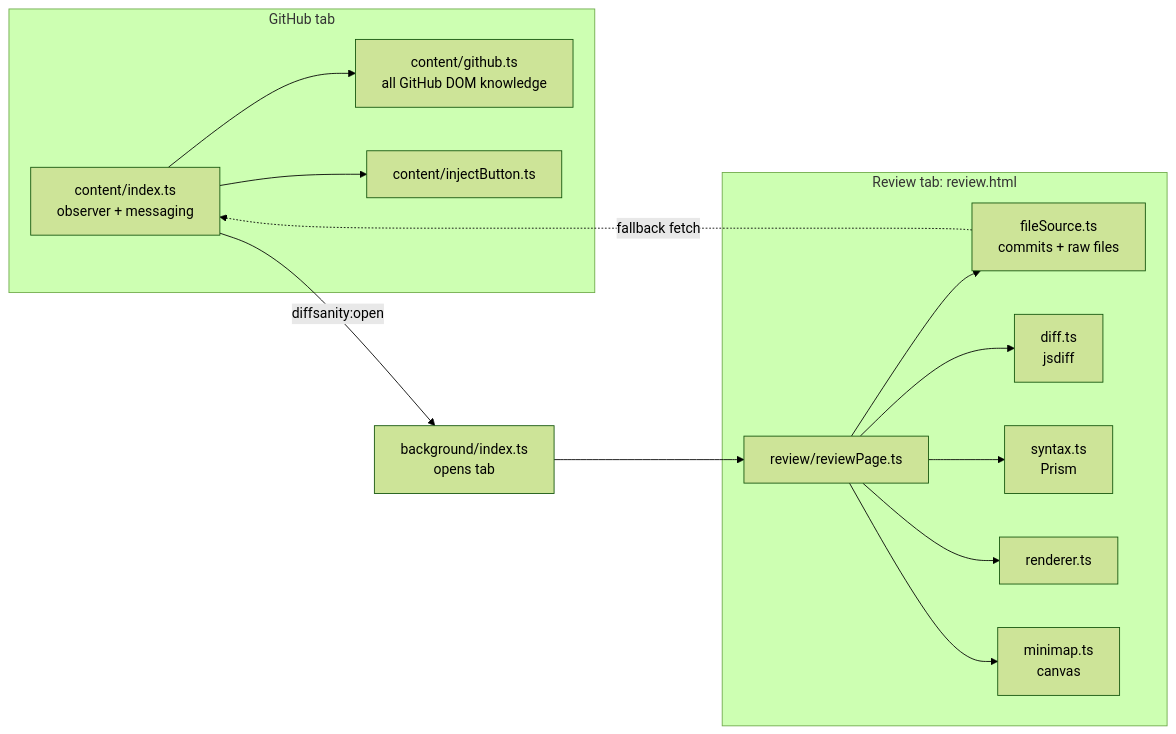
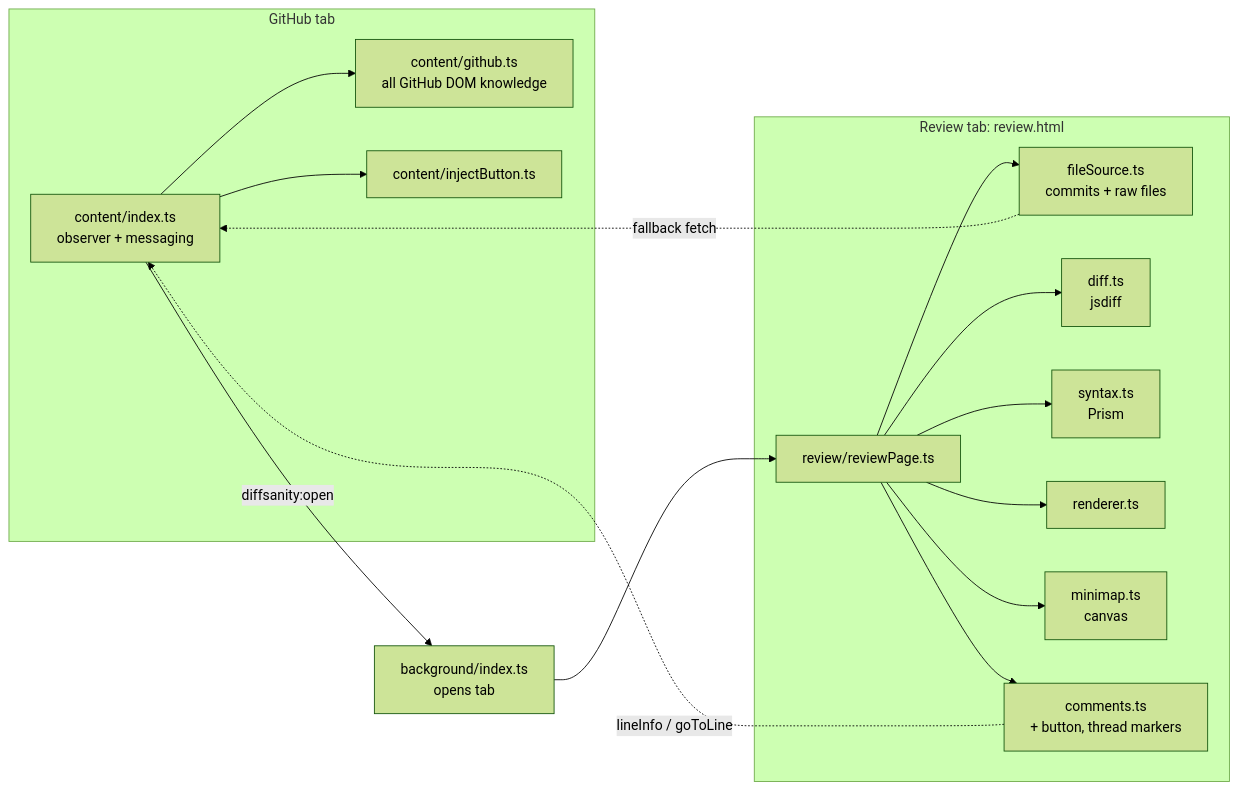
The diagram in README.md (zubeirom/DiffSanity), drawn with Mermaid (forest theme) before and after one commit. The commit also changed other lines of this file and 12 other files, not shown here.

````diff
--- a/README.md
+++ b/README.md
@@ -48,17 +49,19 @@
 ```mermaid
 flowchart LR
   subgraph GitHub tab
     C[content/index.ts<br/>observer + messaging] --> G[content/github.ts<br/>all GitHub DOM knowledge]
     C --> B[content/injectButton.ts]
   end
   C -- diffsanity:open --> W[background/index.ts<br/>opens tab]
   W --> R
   subgraph Review tab: review.html
     R[review/reviewPage.ts] --> F[fileSource.ts<br/>commits + raw files]
     R --> D[diff.ts<br/>jsdiff]
     R --> S[syntax.ts<br/>Prism]
     R --> X[renderer.ts]
     R --> M[minimap.ts<br/>canvas]
+    R --> K[comments.ts<br/>+ button, thread markers]
   end
   F -. fallback fetch .-> C
+  K -. lineInfo / goToLine .-> C
 ```
````
